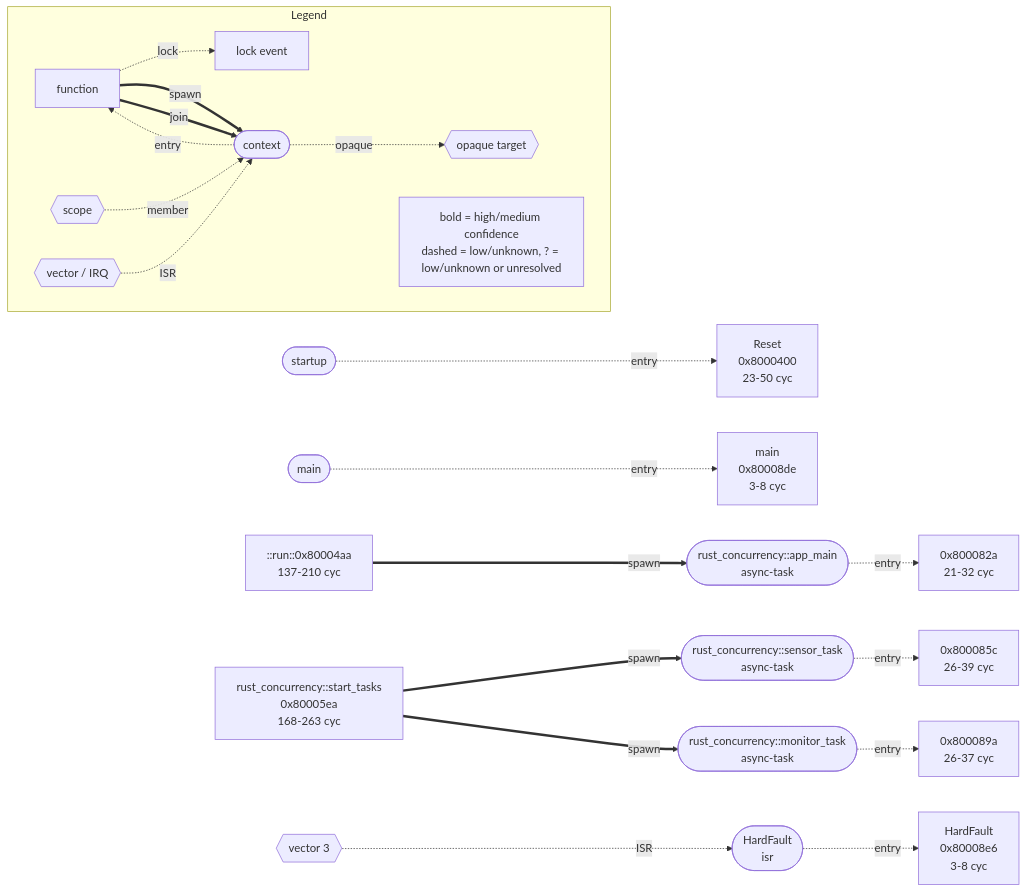
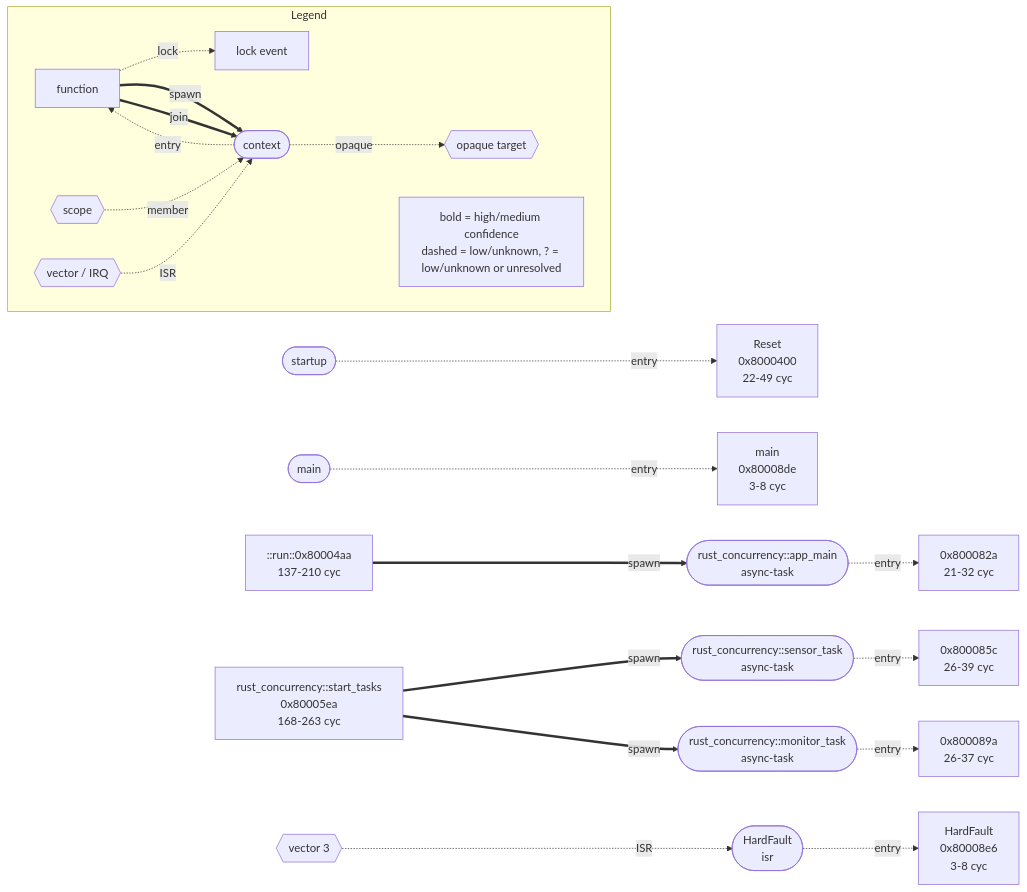
One commit to kevindadi/elf2tdg changed the diagram in examples/rust-concurrency/artifacts/tdg-analysis-concurrency.mmd. Above: the diagram before and after it, drawn with Mermaid. The commit also changed 22 other files, not shown here.

```diff
--- a/examples/rust-concurrency/artifacts/tdg-analysis-concurrency.mmd
+++ b/examples/rust-concurrency/artifacts/tdg-analysis-concurrency.mmd
@@ -1,43 +1,43 @@
 flowchart LR
   %% concurrency projection: call edges are omitted
-  n0["Reset<br/>0x8000400<br/>23-50 cyc"]
+  n0["Reset<br/>0x8000400<br/>22-49 cyc"]
   n1["<embassy_executor::platform::thread::Executor>::run::<rust_concurrency:...<br/>0x80004aa<br/>137-210 cyc"]
   n2["rust_concurrency::start_tasks<br/>0x80005ea<br/>168-263 cyc"]
   n3["<embassy_executor::raw::TaskStorage<rust_concurrency::__app_main_task::...<br/>0x800082a<br/>21-32 cyc"]
   n4["<embassy_executor::raw::TaskStorage<rust_concurrency::__sensor_task_tas...<br/>0x800085c<br/>26-39 cyc"]
   n5["<embassy_executor::raw::TaskStorage<rust_concurrency::__monitor_task_ta...<br/>0x800089a<br/>26-37 cyc"]
   n6["main<br/>0x80008de<br/>3-8 cyc"]
   n7["HardFault<br/>0x80008e6<br/>3-8 cyc"]
   n8(["rust_concurrency::app_main<br/>async-task"])
   n9(["rust_concurrency::sensor_task<br/>async-task"])
   n10(["rust_concurrency::monitor_task<br/>async-task"])
   n11(["HardFault<br/>isr"])
   n12(["main"])
   n13(["startup"])
   n8 -.->|entry| n3
   n9 -.->|entry| n4
   n10 -.->|entry| n5
   n11 -.->|entry| n7
   n12 -.->|entry| n6
   n13 -.->|entry| n0
   n14{{"vector 3"}} -.->|ISR| n11
   n1 ==>|spawn| n8
   n2 ==>|spawn| n9
   n2 ==>|spawn| n10
   subgraph Legend
     direction LR
     legend_function["function"]
     legend_context(["context"])
     legend_scope{{"scope"}}
     legend_opaque{{"opaque target"}}
     legend_vector{{"vector / IRQ"}}
     legend_lock["lock event"]
     legend_function -.->|lock| legend_lock
     legend_function ==>|spawn| legend_context
     legend_function ==>|join| legend_context
     legend_context -.->|entry| legend_function
     legend_scope -.->|member| legend_context
     legend_vector -.->|ISR| legend_context
     legend_context -.->|opaque| legend_opaque
     legend_note["bold = high/medium confidence<br/>dashed = low/unknown, ? = low/unknown or unresolved"]
   end
```
